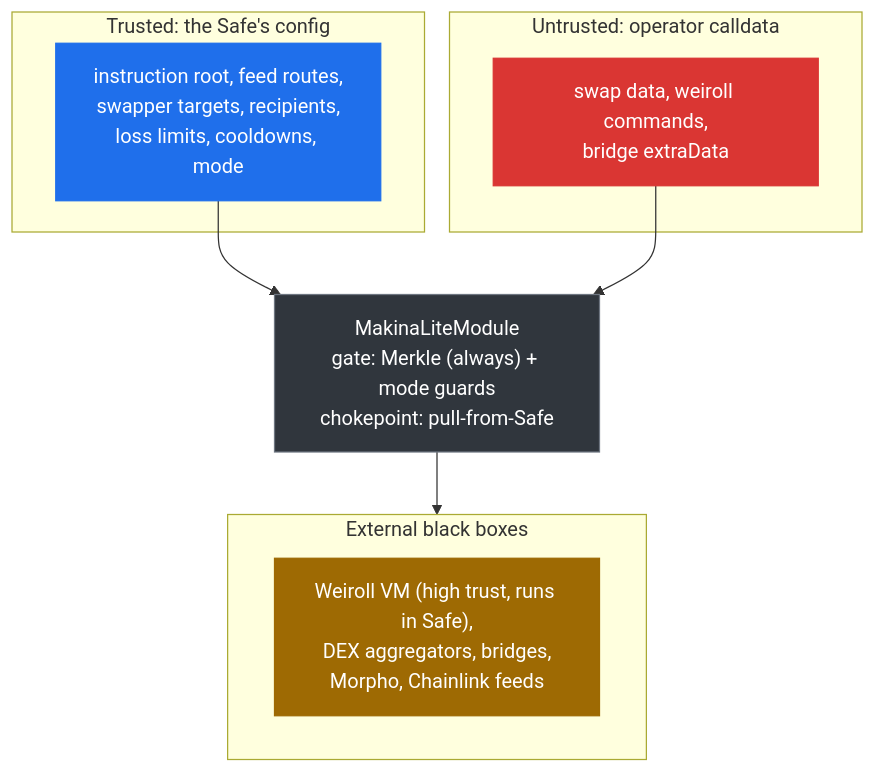
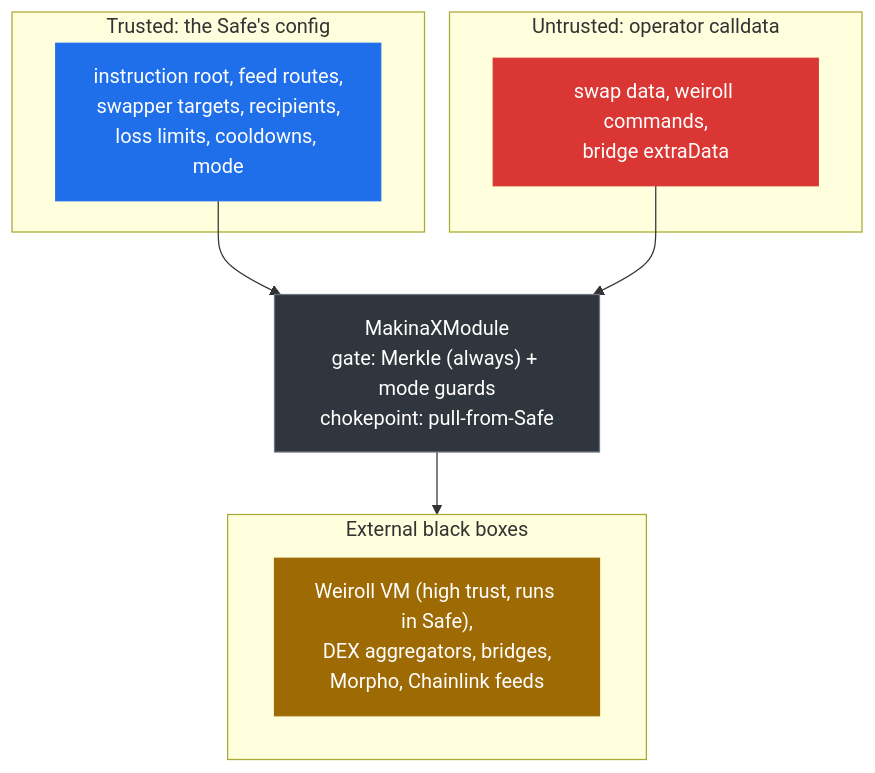
Before and after one commit to MakinaHQ/x-docs: the diagram in src/pages/concepts/risk-model.md, drawn with Mermaid. The commit also changed other lines of this file and 57 other files, not shown here.

````diff
--- a/src/pages/concepts/risk-model.md
+++ b/src/pages/concepts/risk-model.md
@@ -9,21 +9,21 @@
 ```mermaid
 flowchart TB
     subgraph Trusted["Trusted: the Safe's config"]
         Cfg["instruction root, feed routes,<br/>swapper targets, recipients,<br/>loss limits, cooldowns, mode"]:::cfg
     end
     subgraph Untrusted["Untrusted: operator calldata"]
         Op["swap data, weiroll commands,<br/>bridge extraData"]:::unt
     end
-    Module["MakinaLiteModule<br/>gate: Merkle (always) + mode guards<br/>chokepoint: pull-from-Safe"]:::core
+    Module["MakinaXModule<br/>gate: Merkle (always) + mode guards<br/>chokepoint: pull-from-Safe"]:::core
     subgraph External["External black boxes"]
         Ext["Weiroll VM (high trust, runs in Safe),<br/>DEX aggregators, bridges,<br/>Morpho, Chainlink feeds"]:::ext
     end
     Cfg --> Module
     Op --> Module
     Module --> External
 
     classDef cfg fill:#1f6feb,stroke:#1f6feb,color:#fff;
     classDef unt fill:#da3633,stroke:#da3633,color:#fff;
     classDef core fill:#30363d,stroke:#6e7681,color:#fff;
     classDef ext fill:#9e6a03,stroke:#9e6a03,color:#fff;
 ```
````
